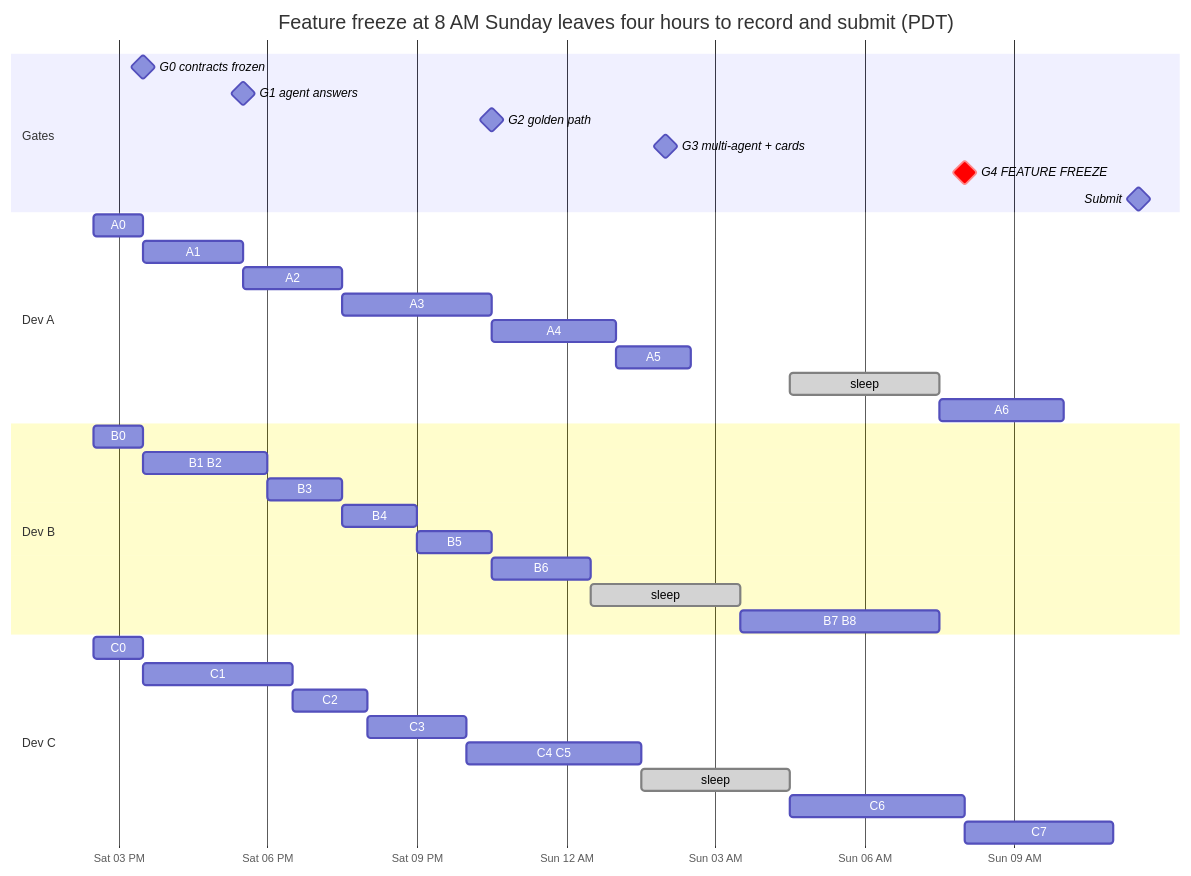
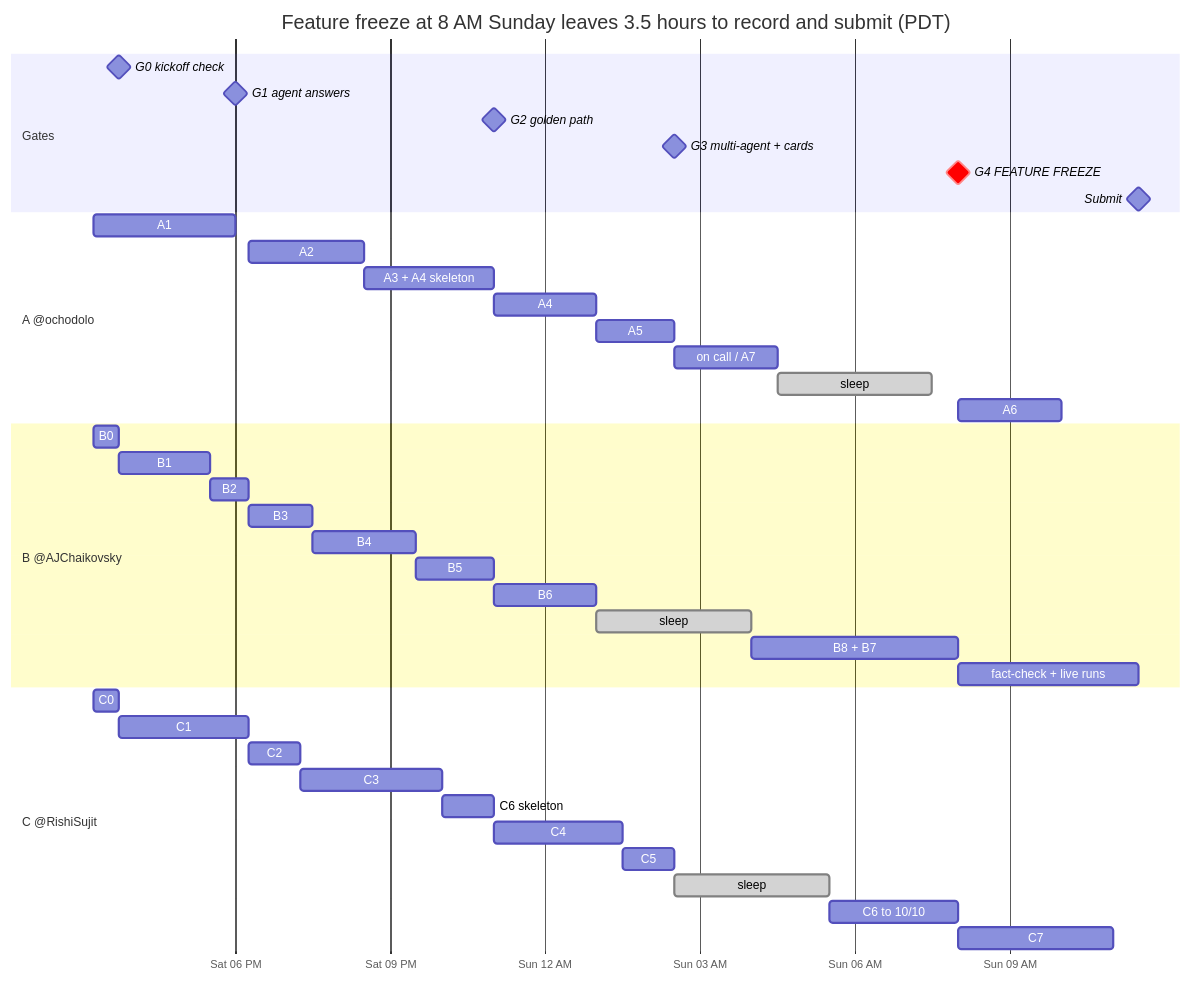
The second of 2 diagrams in BUILD_PLAN.md (AJChaikovsky/LA-Hacks-project), drawn with Mermaid before and after one commit. The commit also changed other lines of this file and 1 other file, not shown here.

````diff
--- a/BUILD_PLAN.md
+++ b/BUILD_PLAN.md
@@ -268,40 +268,44 @@
 ```mermaid
 gantt
-    title Feature freeze at 8 AM Sunday leaves four hours to record and submit (PDT)
+    title Feature freeze at 8 AM Sunday leaves 3.5 hours to record and submit (PDT)
     dateFormat YYYY-MM-DD HH:mm
     axisFormat %a %I %p
     section Gates
-    G0 contracts frozen   :milestone, 2026-10-17 15:30, 0m
-    G1 agent answers      :milestone, 2026-10-17 17:30, 0m
-    G2 golden path        :milestone, 2026-10-17 22:30, 0m
-    G3 multi-agent + cards:milestone, 2026-10-18 02:00, 0m
+    G0 kickoff check      :milestone, 2026-10-17 15:45, 0m
+    G1 agent answers      :milestone, 2026-10-17 18:00, 0m
+    G2 golden path        :milestone, 2026-10-17 23:00, 0m
+    G3 multi-agent + cards:milestone, 2026-10-18 02:30, 0m
     G4 FEATURE FREEZE     :crit, milestone, 2026-10-18 08:00, 0m
     Submit                :milestone, 2026-10-18 11:30, 0m
-    section Dev A
-    A0 :2026-10-17 14:30, 60m
-    A1 :2026-10-17 15:30, 120m
-    A2 :2026-10-17 17:30, 120m
-    A3 :2026-10-17 19:30, 180m
-    A4 :2026-10-17 22:30, 150m
+    section A @ochodolo
+    A1 :2026-10-17 15:15, 165m
+    A2 :2026-10-17 18:15, 135m
+    A3 + A4 skeleton :2026-10-17 20:30, 150m
+    A4 :2026-10-17 23:00, 120m
     A5 :2026-10-18 01:00, 90m
+    on call / A7 :2026-10-18 02:30, 120m
     sleep :done, 2026-10-18 04:30, 180m
-    A6 :2026-10-18 07:30, 150m
-    section Dev B
-    B0 :2026-10-17 14:30, 60m
-    B1 B2 :2026-10-17 15:30, 150m
-    B3 :2026-10-17 18:00, 90m
-    B4 :2026-10-17 19:30, 90m
-    B5 :2026-10-17 21:00, 90m
-    B6 :2026-10-17 22:30, 120m
-    sleep :done, 2026-10-18 00:30, 180m
-    B7 B8 :2026-10-18 03:30, 240m
-    section Dev C
-    C0 :2026-10-17 14:30, 60m
-    C1 :2026-10-17 15:30, 180m
-    C2 :2026-10-17 18:30, 90m
-    C3 :2026-10-17 20:00, 120m
-    C4 C5 :2026-10-17 22:00, 210m
-    sleep :done, 2026-10-18 01:30, 180m
-    C6 :2026-10-18 04:30, 210m
+    A6 :2026-10-18 08:00, 120m
+    section B @AJChaikovsky
+    B0 :2026-10-17 15:15, 30m
+    B1 :2026-10-17 15:45, 105m
+    B2 :2026-10-17 17:30, 45m
+    B3 :2026-10-17 18:15, 75m
+    B4 :2026-10-17 19:30, 120m
+    B5 :2026-10-17 21:30, 90m
+    B6 :2026-10-17 23:00, 120m
+    sleep :done, 2026-10-18 01:00, 180m
+    B8 + B7 :2026-10-18 04:00, 240m
+    fact-check + live runs :2026-10-18 08:00, 210m
+    section C @RishiSujit
+    C0 :2026-10-17 15:15, 30m
+    C1 :2026-10-17 15:45, 150m
+    C2 :2026-10-17 18:15, 60m
+    C3 :2026-10-17 19:15, 165m
+    C6 skeleton :2026-10-17 22:00, 60m
+    C4 :2026-10-17 23:00, 150m
+    C5 :2026-10-18 01:30, 60m
+    sleep :done, 2026-10-18 02:30, 180m
+    C6 to 10/10 :2026-10-18 05:30, 150m
     C7 :2026-10-18 08:00, 180m
 ```
````
